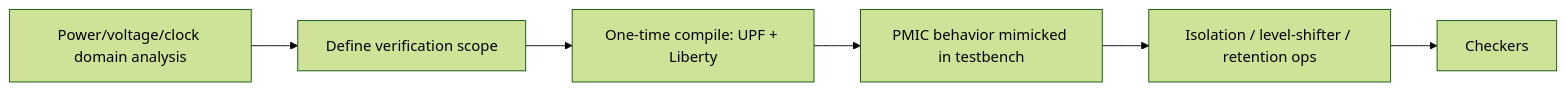
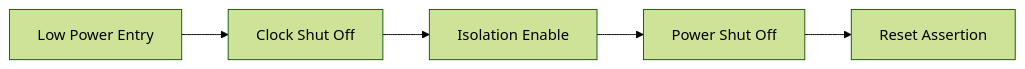
The diagram in docs/papers/ref-20261018-ed23-a-hardware-and-software-integrated-power-optimization-approa.md (nemo99007/yt-paper), drawn with Mermaid (forest theme) before and after one commit. The commit also changed other lines of this file and 172 other files, not shown here.

````diff
--- a/docs/papers/ref-20261018-ed23-a-hardware-and-software-integrated-power-optimization-approa.md
+++ b/docs/papers/ref-20261018-ed23-a-hardware-and-software-integrated-power-optimization-approa.md
@@ -186,8 +199,7 @@
 ```mermaid
 flowchart LR
-  A[Power/voltage/clock domain analysis] --> B[Define verification scope]
-  B --> C[One-time compile: UPF + Liberty]
-  C --> D[PMIC behavior mimicked in testbench]
-  D --> E[Isolation / level-shifter / retention ops]
-  E --> F[Checkers]
+  A[Low Power Entry] --> B[Clock Shut Off]
+  B --> C[Isolation Enable]
+  C --> D[Power Shut Off]
+  D --> E[Reset Assertion]
 ```
````
